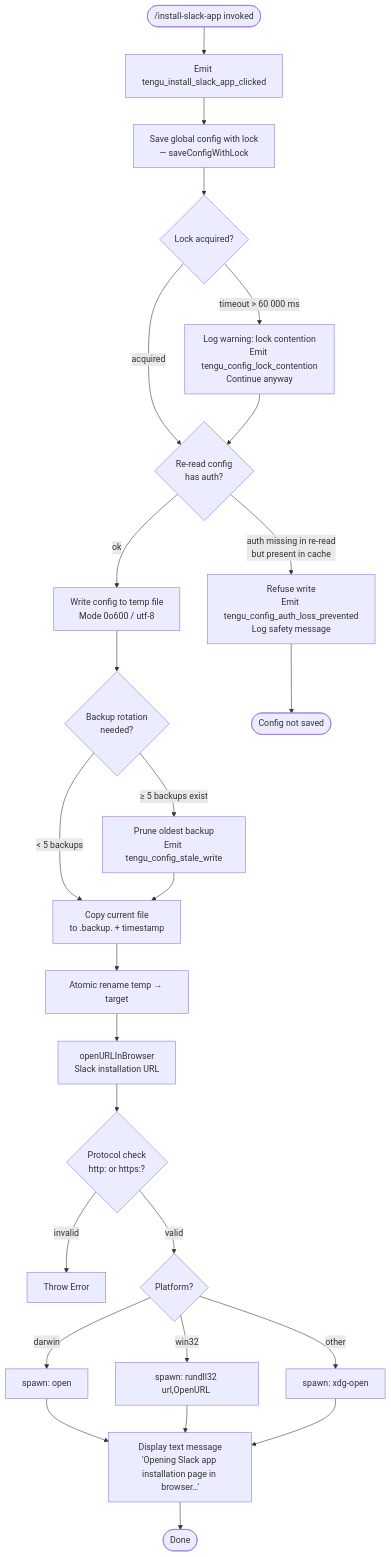
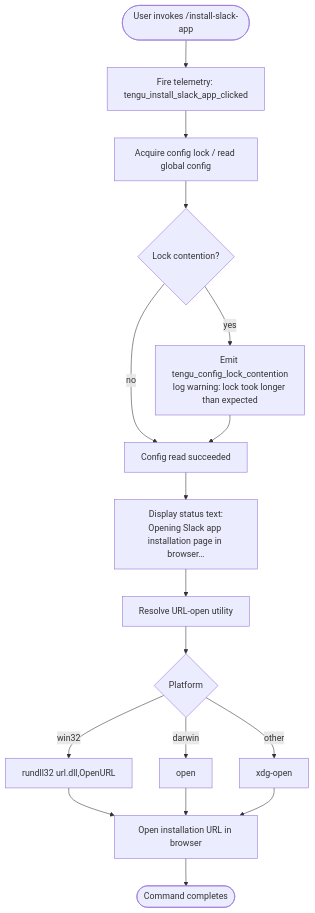
Before and after one commit to MyLittleLuckyDog/cc-gnothi: the diagram in versions/v2.1.132/install-slack-app.md, drawn with Mermaid. The commit also changed other lines of this file and 96 other files, not shown here.

````diff
--- a/versions/v2.1.132/install-slack-app.md
+++ b/versions/v2.1.132/install-slack-app.md
@@ -46,26 +54,19 @@
 ```mermaid
 flowchart TD
-    A(["/install-slack-app invoked"]) --> B[Emit tengu_install_slack_app_clicked]
-    B --> C[Save global config with lock\n— saveConfigWithLock]
-    C --> D{Lock acquired?}
-    D -- "timeout > 60 000 ms" --> E[Log warning: lock contention\nEmit tengu_config_lock_contention\nContinue anyway]
-    D -- acquired --> F{Re-read config\nhas auth?}
+    A([User invokes /install-slack-app]) --> B[Fire telemetry: tengu_install_slack_app_clicked]
+    B --> C[Acquire config lock / read global config]
+    C --> D{Lock contention?}
+    D -- yes --> E[Emit tengu_config_lock_contention\nlog warning: lock took longer than expected]
+    D -- no --> F[Config read succeeded]
     E --> F
-    F -- "auth missing in re-read\nbut present in cache" --> G[Refuse write\nEmit tengu_config_auth_loss_prevented\nLog safety message]
-    F -- ok --> H[Write config to temp file\nMode 0o600 / utf-8]
-    H --> I{Backup rotation\nneeded?}
-    I -- "≥ 5 backups exist" --> J[Prune oldest backup\nEmit tengu_config_stale_write]
-    I -- "< 5 backups" --> K[Copy current file\nto .backup. + timestamp]
-    J --> K
-    K --> L[Atomic rename temp → target]
-    G --> M([Config not saved])
-    L --> N[openURLInBrowser\nSlack installation URL]
-    N --> O{Protocol check\nhttp: or https:?}
-    O -- invalid --> P[Throw Error]
-    O -- valid --> Q{Platform?}
-    Q -- darwin --> R["spawn: open <url>"]
-    Q -- win32 --> S["spawn: rundll32 url,OpenURL <url>"]
-    Q -- other --> T["spawn: xdg-open <url>"]
-    R & S & T --> U[Display text message\n'Opening Slack app installation page in browser…']
-    U --> V([Done])
+    F --> G[Display status text:\nOpening Slack app installation page in browser…]
+    G --> H[Resolve URL-open utility]
+    H --> I{Platform}
+    I -- win32 --> J[rundll32 url.dll,OpenURL]
+    I -- darwin --> K[open]
+    I -- other --> L[xdg-open]
+    J --> M[Open installation URL in browser]
+    K --> M
+    L --> M
+    M --> N([Command completes])
 ```
````
